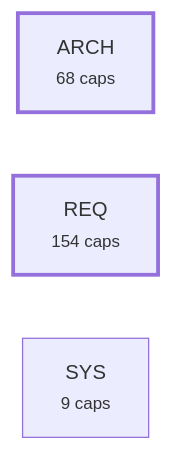
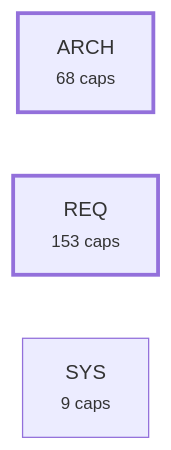
The fourth of 5 diagrams in plugin/requirements/_map.md (alxmax/Requirement-manager), drawn with Mermaid before and after one commit. The commit also changed other lines of this file and 15 other files, not shown here.

````diff
--- a/plugin/requirements/_map.md
+++ b/plugin/requirements/_map.md
@@ -942,8 +941,8 @@
 ```mermaid
 graph LR
   a_ARCH["ARCH<br><small>68 caps</small>"]
-  a_REQ["REQ<br><small>154 caps</small>"]
+  a_REQ["REQ<br><small>153 caps</small>"]
   a_SYS["SYS<br><small>9 caps</small>"]
   style a_ARCH stroke-width:3px
   style a_REQ stroke-width:3px
 ```
````
